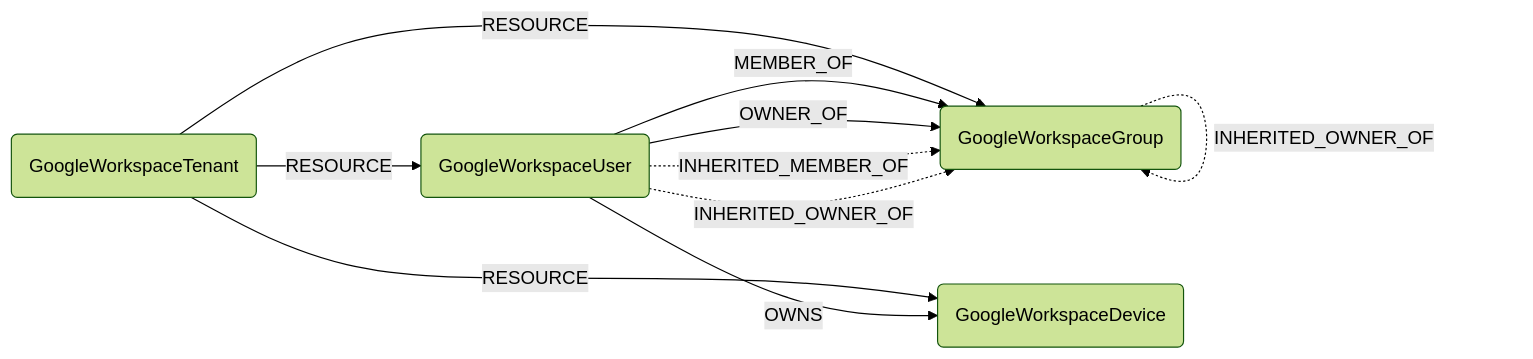
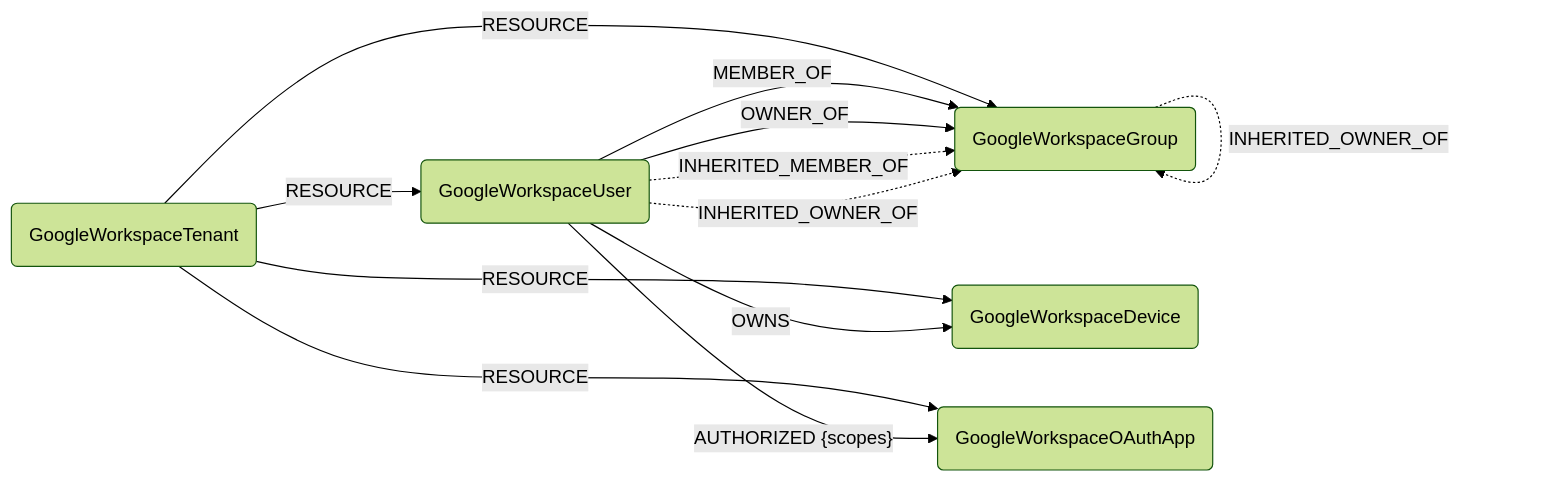
One commit to sec-js/cartography changed the diagram in docs/root/modules/googleworkspace/schema.md. Above: the diagram before and after it, drawn with Mermaid (forest theme). The commit also changed other lines of this file and 11 other files, not shown here.

First line of the commit message:
feat: add google oauth tokens (#2094)

````diff
--- a/docs/root/modules/googleworkspace/schema.md
+++ b/docs/root/modules/googleworkspace/schema.md
@@ -3,15 +3,17 @@
 ```mermaid
 graph LR
     T(GoogleWorkspaceTenant) -- RESOURCE --> U(GoogleWorkspaceUser)
     T -- RESOURCE --> G(GoogleWorkspaceGroup)
     T -- RESOURCE --> D(GoogleWorkspaceDevice)
+    T -- RESOURCE --> A(GoogleWorkspaceOAuthApp)
     U -- MEMBER_OF --> G
     U -- OWNER_OF --> G
     U -- OWNS --> D
+    U -- "AUTHORIZED {scopes}" --> A
     U -. INHERITED_MEMBER_OF .-> G
     U -. INHERITED_OWNER_OF .-> G
     G -- MEMBER_OF --> G
     G -- OWNER_OF --> G
     G -. INHERITED_MEMBER_OF .-> G
     G -. INHERITED_OWNER_OF .-> G
 ```
````
